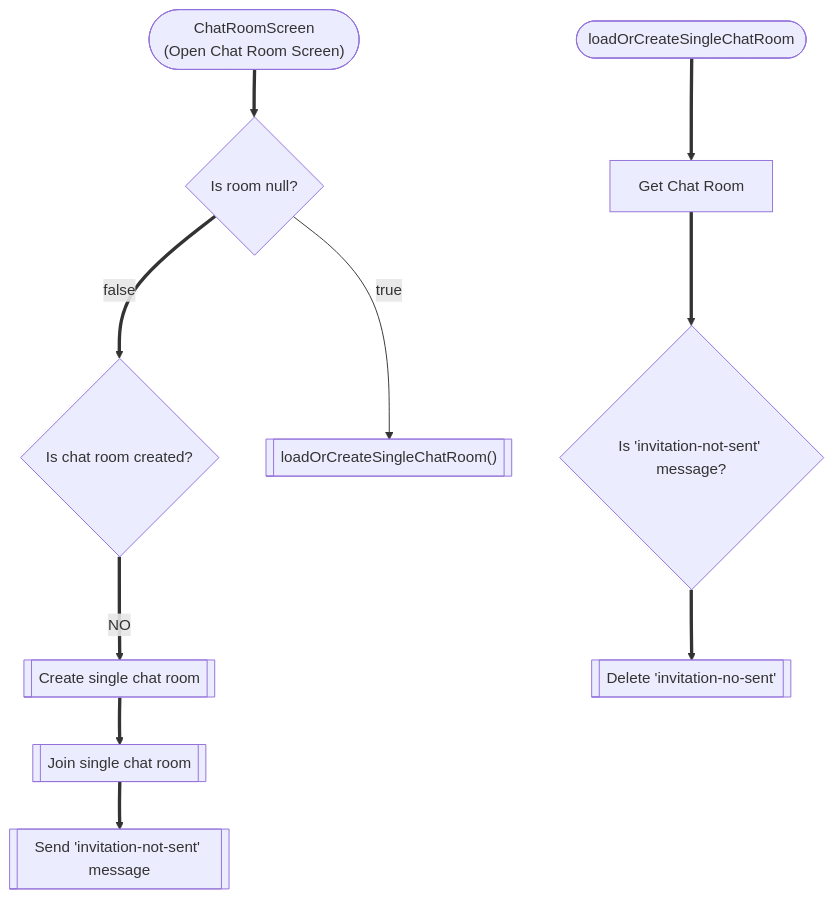
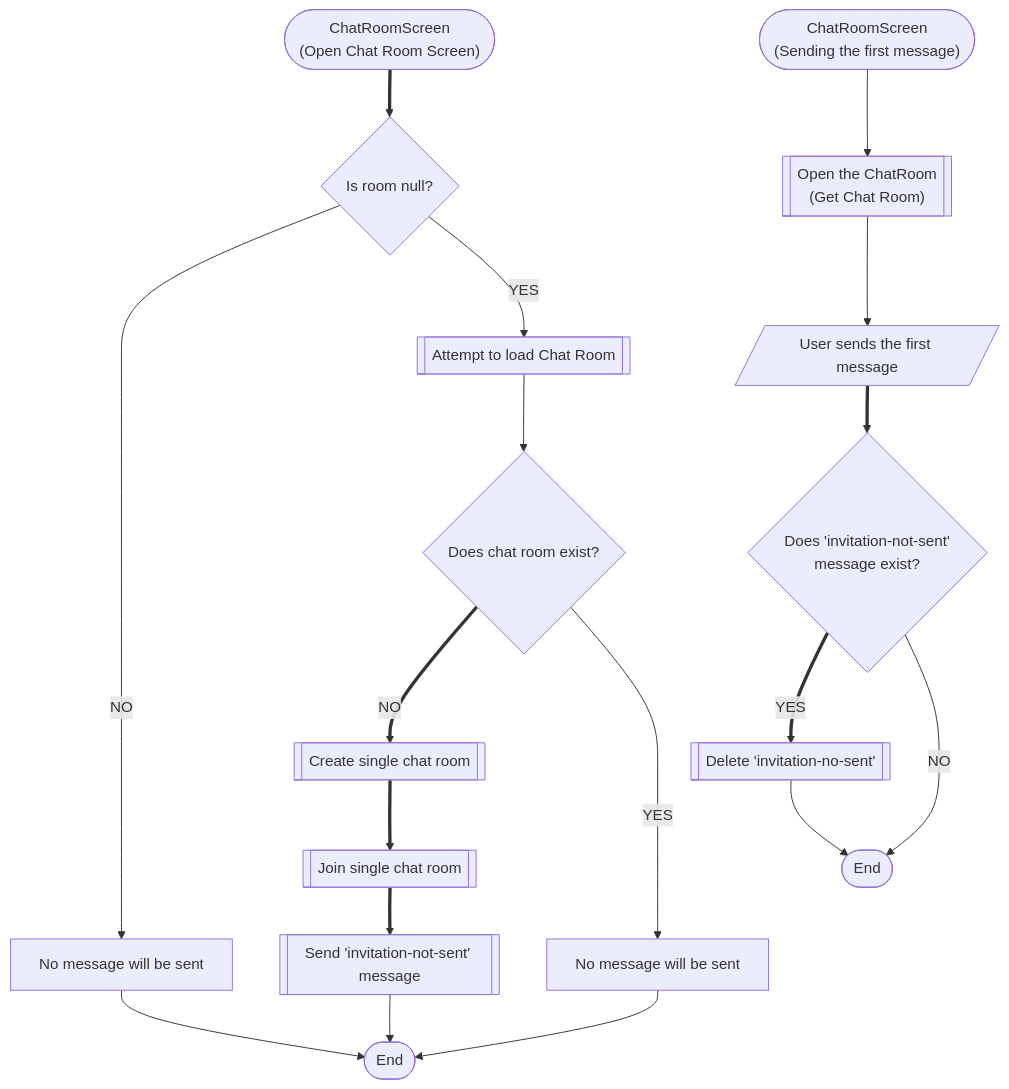
One commit to thruthesky/easy_packages changed the diagram in easychat/README.md. Above: the diagram before and after it, drawn with Mermaid. The commit also changed other lines of this file and 7 other files, not shown here.

````diff
--- a/easychat/README.md
+++ b/easychat/README.md
@@ -175,23 +180,36 @@
 ```mermaid
 flowchart TB
 ChatRoomScreen(["ChatRoomScreen\n(Open Chat Room Screen)"])
   ChatRoomScreen ==> isSingleChat
-  isSingleChat =="false"==> chatRoomCreated
   chatRoomCreated =="NO"==> createChatRoom
   createChatRoom ==> joinChatRoom
   joinChatRoom ==> sendInvatationNotSentMessage
-  ChatRoomScreen2 ==> MessageListView
   MessageListView ==> isInvitatioNotSetMessage
-  isInvitatioNotSetMessage ==> deleteInvitationNotSent
-  isSingleChat --"true"--> node_1
+  isInvitatioNotSetMessage =="YES"==> deleteInvitationNotSent
+  isSingleChat --"NO"--> node_1
+  node_2 --> chatRoomCreated
+  isSingleChat --"YES"--> node_2
+  chatRoomCreated --"YES"--> node_3
+  node_3 --> node_4
+  sendInvatationNotSentMessage --> node_4
+  node_1 --> node_4
+  node_5 --> MessageListView
+  ChatRoomScreen2 --> node_5
+  deleteInvitationNotSent --> node_6
+  isInvitatioNotSetMessage --"NO"--> node_6
   isSingleChat{"Is room null?"}
-  chatRoomCreated{"Is chat room created?"}
+  chatRoomCreated{"Does chat room exist?"}
   createChatRoom[["Create single chat room"]]
   joinChatRoom[["Join single chat room"]]
   sendInvatationNotSentMessage[["Send #39;invitation-not-sent#39; message"]]
-  ChatRoomScreen2(["loadOrCreateSingleChatRoom"])
-  MessageListView["Get Chat Room"]
-  isInvitatioNotSetMessage{"Is #39;invitation-not-sent#39; message?"}
+  ChatRoomScreen2(["ChatRoomScreen\n(Sending the first message)"])
+  MessageListView[/"User sends the first message"/]
+  isInvitatioNotSetMessage{"Does #39;invitation-not-sent#39;\nmessage exist?"}
   deleteInvitationNotSent[["Delete #39;invitation-no-sent#39;"]]
-  node_1[["loadOrCreateSingleChatRoom()"]]
+  node_1["No message will be sent"]
+  node_2[["Attempt to load Chat Room"]]
+  node_3["No message will be sent"]
+  node_4(["End"])
+  node_5[["Open the ChatRoom\n(Get Chat Room)"]]
+  node_6(["End"])
 ```
````
